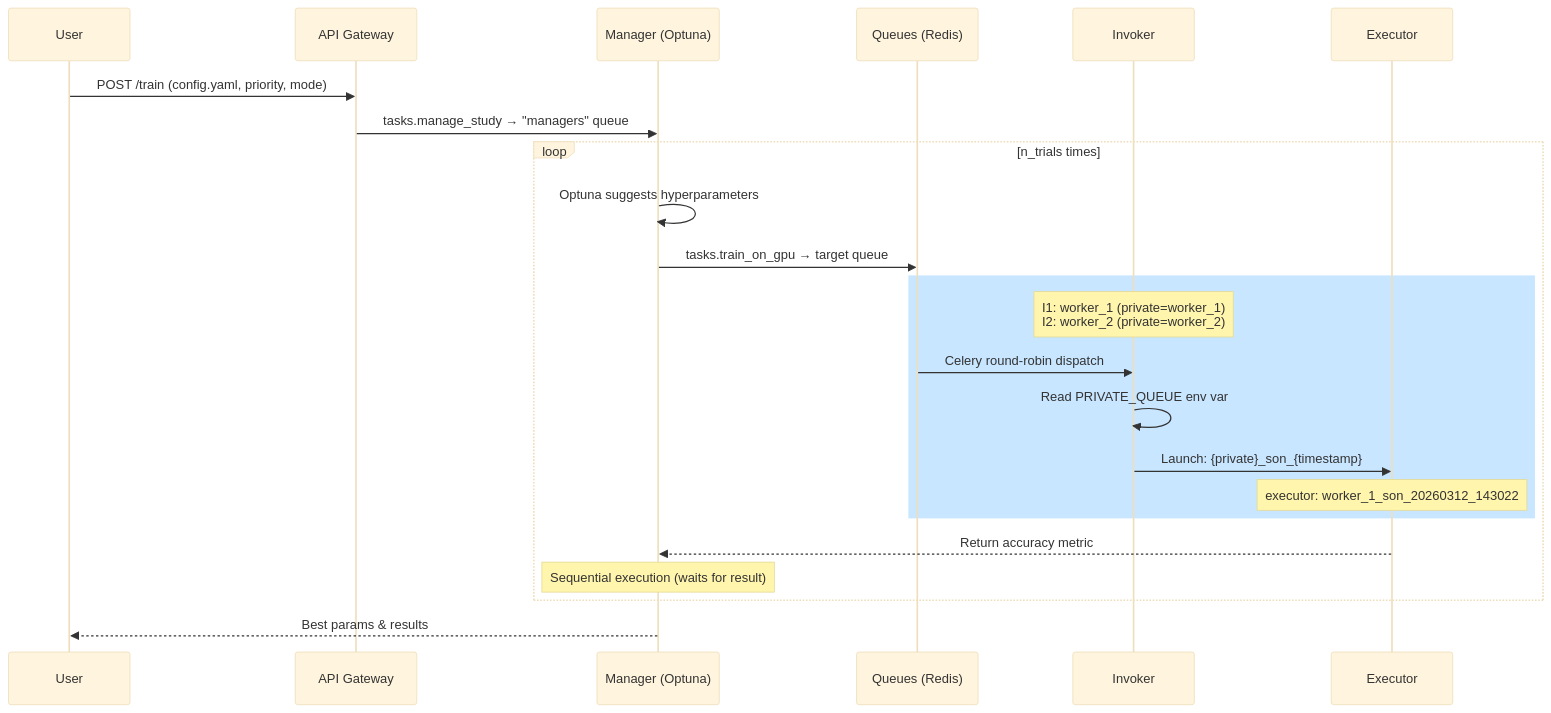
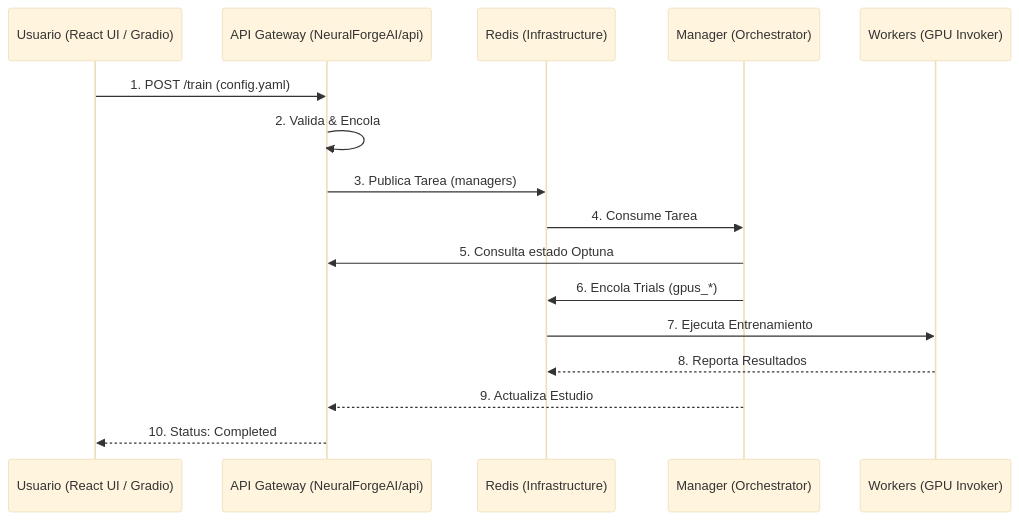
One commit to wisrovi/wyoloservice2_control_server changed the diagram in flow.md. Above: the diagram before and after it, drawn with Mermaid (base theme). The commit also changed other lines of this file and 25 other files, not shown here.

````diff
--- a/flow.md
+++ b/flow.md
@@ -32,30 +7,19 @@
 ```mermaid
 sequenceDiagram
-    participant U as User
-    participant A as API Gateway
-    participant M as Manager (Optuna)
-    participant Q as Queues (Redis)
-    participant I as Invoker
-    participant E as Executor
+    participant U as Usuario (React UI / Gradio)
+    participant API as API Gateway (NeuralForgeAI/api)
+    participant R as Redis (Infrastructure)
+    participant M as Manager (Orchestrator)
+    participant W as Workers (GPU Invoker)
 
-    U->>A: POST /train (config.yaml, priority, mode)
-    A->>M: tasks.manage_study → "managers" queue
-    
-    loop n_trials times
-        M->>M: Optuna suggests hyperparameters
-        M->>Q: tasks.train_on_gpu → target queue
-        
-        rect rgb(200, 230, 255)
-            Note over I: I1: worker_1 (private=worker_1)<br/>I2: worker_2 (private=worker_2)
-            Q->>I: Celery round-robin dispatch
-            I->>I: Read PRIVATE_QUEUE env var
-            I->>E: Launch: {private}_son_{timestamp}
-            Note over E: executor: worker_1_son_20260312_143022
-        end
-        
-        E-->>M: Return accuracy metric
-        Note over M: Sequential execution (waits for result)
-    end
-    
-    M-->>U: Best params & results
+    U->>API: 1. POST /train (config.yaml)
+    API->>API: 2. Valida & Encola
+    API->>R: 3. Publica Tarea (managers)
+    R->>M: 4. Consume Tarea
+    M->>API: 5. Consulta estado Optuna
+    M->>R: 6. Encola Trials (gpus_*)
+    R->>W: 7. Ejecuta Entrenamiento
+    W-->>R: 8. Reporta Resultados
+    M-->>API: 9. Actualiza Estudio
+    API-->>U: 10. Status: Completed
 ```
````
